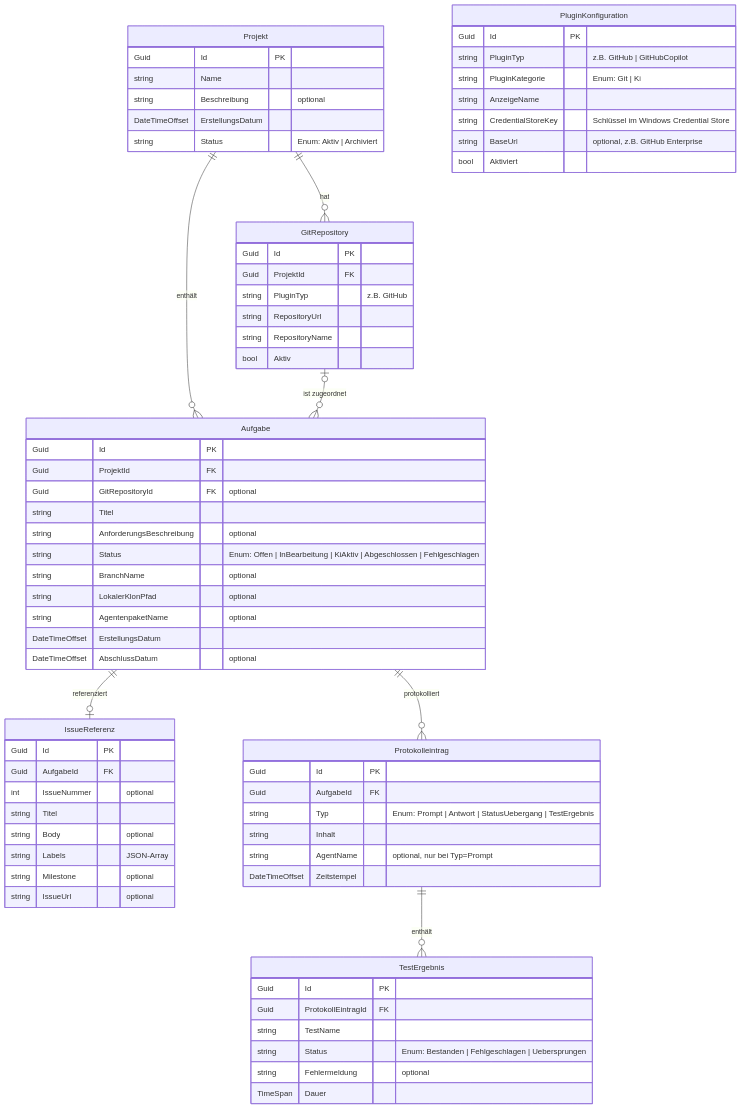
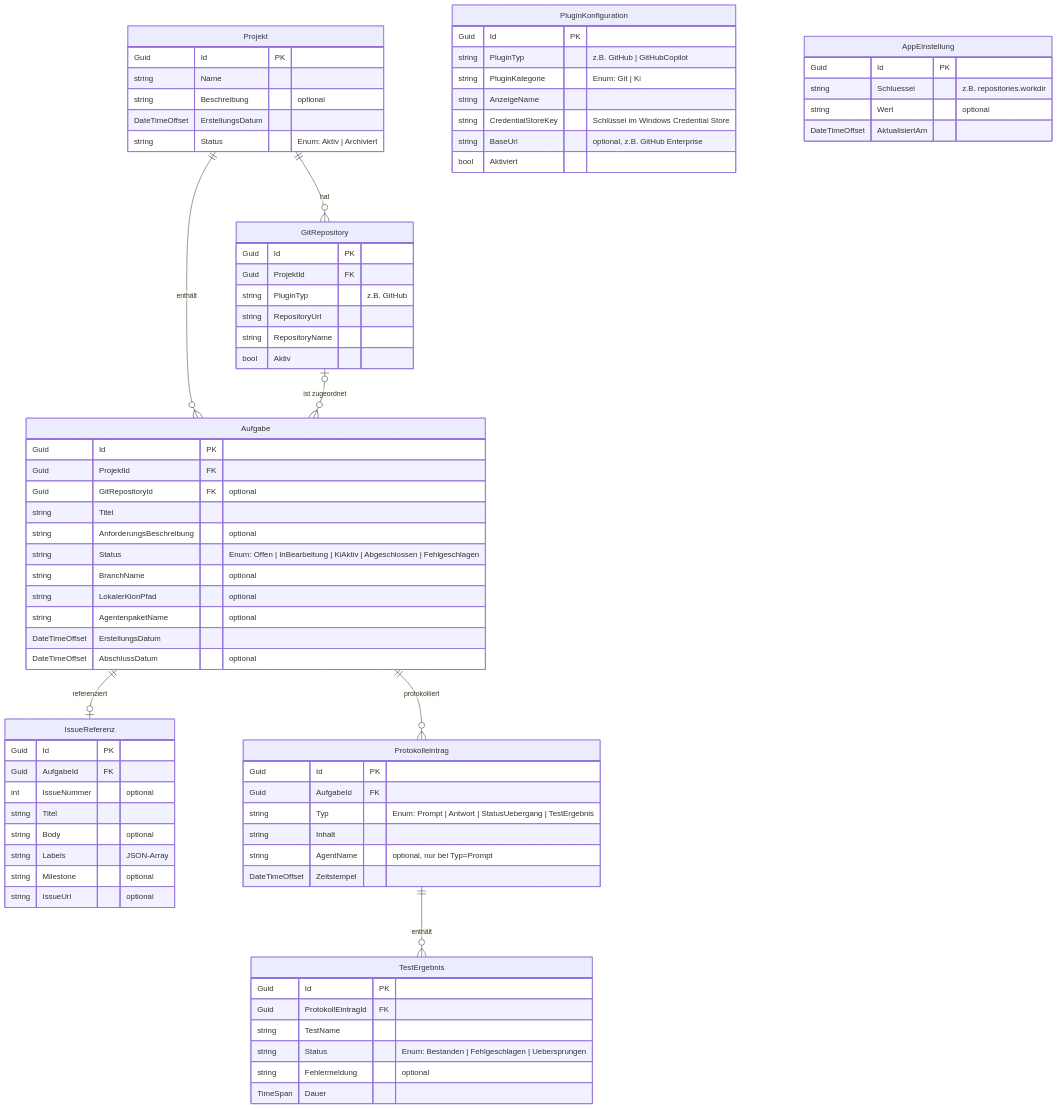
Before and after one commit to martin-stromberg/Softwareschmiede: the diagram in docs/architecture/entity-relationship-model.md, drawn with Mermaid. The commit also changed other lines of this file and 40 other files, not shown here.

```diff
--- a/docs/architecture/entity-relationship-model.md
+++ b/docs/architecture/entity-relationship-model.md
@@ -129,6 +130,13 @@
         bool Aktiviert
     }
 
+    AppEinstellung {
+        Guid Id PK
+        string Schluessel "z.B. repositories.workdir"
+        string Wert "optional"
+        DateTimeOffset AktualisiertAm
+    }
+
     Projekt ||--o{ GitRepository : "hat"
     Projekt ||--o{ Aufgabe : "enthält"
     GitRepository |o--o{ Aufgabe : "ist zugeordnet"
```
